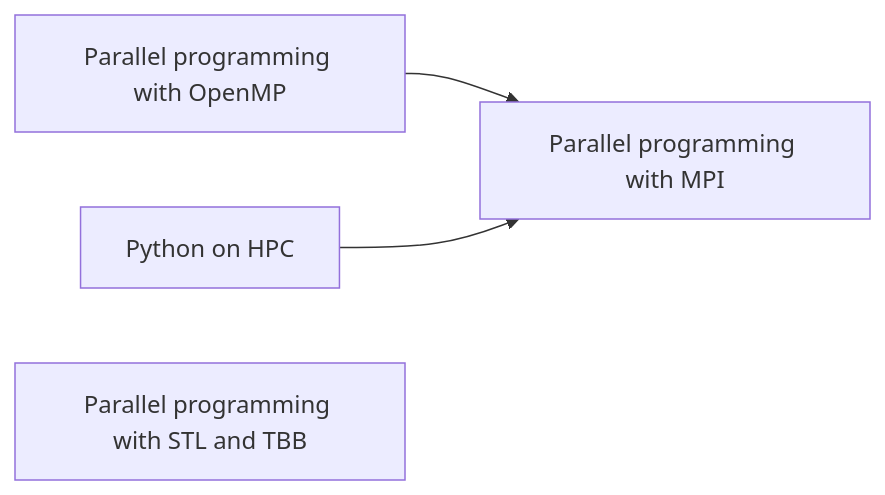
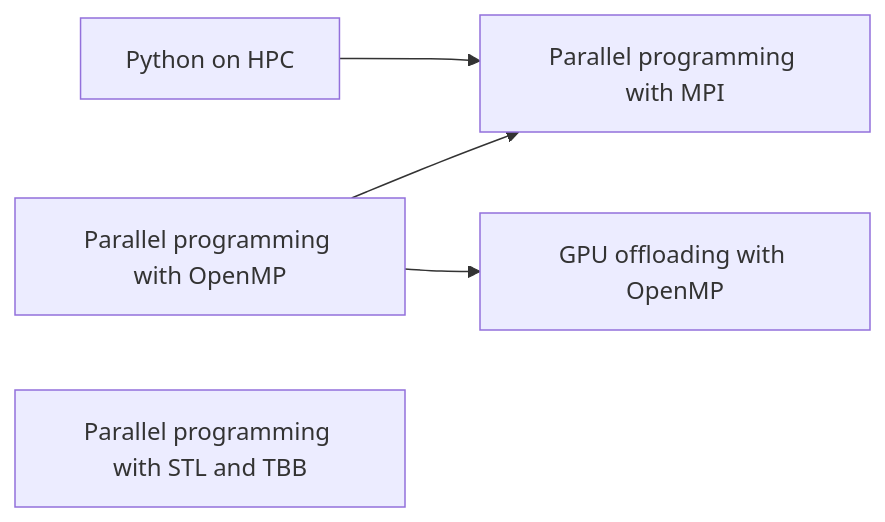
One commit to gjbex/Training-sessions changed the diagram in docs/parallel_computing.md. Above: the diagram before and after it, drawn with Mermaid.

Commit message:
Add GPU offloading with OpenMP

````diff
--- a/docs/parallel_computing.md
+++ b/docs/parallel_computing.md
@@ -6,10 +6,12 @@
 ```mermaid
 graph LR
   Parallel_programming_with_OpenMP[Parallel programming with OpenMP] --> Parallel_programming_with_MPI[Parallel programming with MPI]
+  Parallel_programming_with_OpenMP[Parallel programming with OpenMP] --> GPU_offloading_with_OpenMP[GPU offloading with OpenMP]
   Python_on_HPC[Python on HPC] --> Parallel_programming_with_MPI
   Parallel_programming_with_STL_and_TBB[Parallel programming with STL and TBB]
   click Parallel_programming_with_OpenMP "https://gjbex.github.io/Training-sessions/parallel_programming_with_openmp" "Parallel programming with OpenMP"
   click Parallel_programming_with_MPI "https://gjbex.github.io/Training-sessions/parallel_programming_with_mpi" "Parallel programming with MPI"
   click Python_on_HPC "https://gjbex.github.io/Python-for-HPC/" "Python on HPC"
   click Parallel_programming_with_STL_and_TBB "https://gjbex.github.io/Training-sessions/parallel_programming_with_stl_and_tbb" "Parallel programming with STL and TBB"
+  click GPU_offloading_with_OpenMP "https://gjbex.github.io/GPU-programming/" "GPU offloading with OpenMP"
 ```
````
